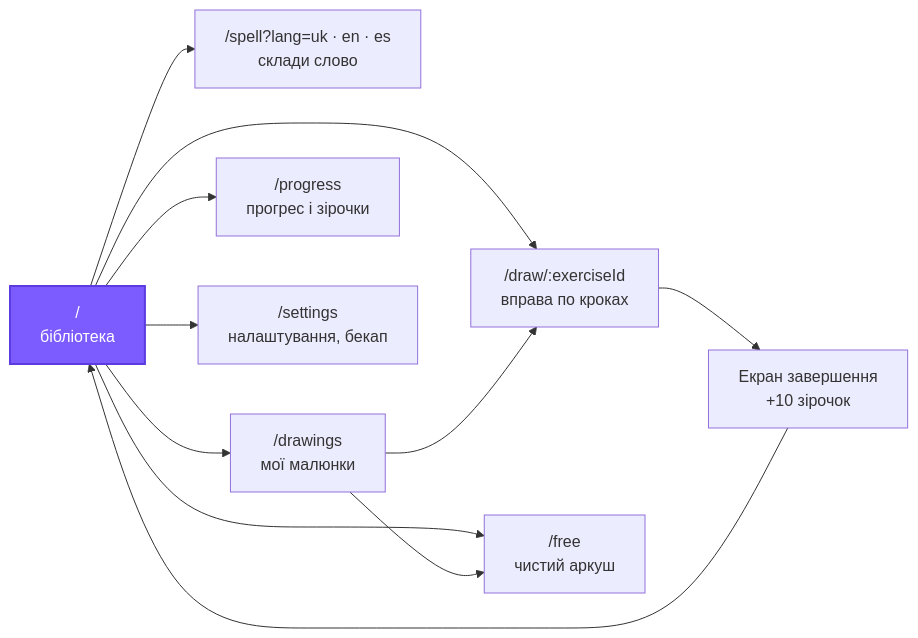
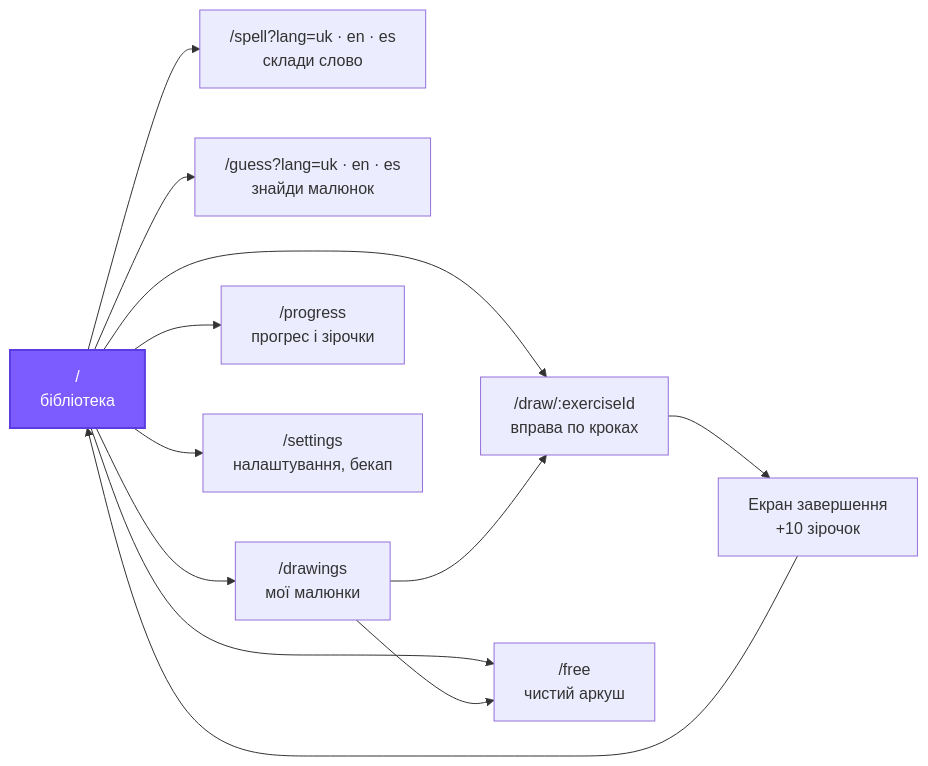
One commit to PolukovY/drawli changed the tenth of 13 diagrams in doc/arch.md. Above: the diagram before and after it, drawn with Mermaid. The commit also changed other lines of this file and 23 other files, not shown here.

````diff
--- a/doc/arch.md
+++ b/doc/arch.md
@@ -318,16 +318,17 @@
 ```mermaid
 graph LR
     home["/<br/>бібліотека"] --> draw["/draw/:exerciseId<br/>вправа по кроках"]
     home --> free["/free<br/>чистий аркуш"]
     home --> spell["/spell?lang=uk · en · es<br/>склади слово"]
+    home --> guess["/guess?lang=uk · en · es<br/>знайди малюнок"]
     home --> gallery["/drawings<br/>мої малюнки"]
     home --> progress["/progress<br/>прогрес і зірочки"]
     home --> settings["/settings<br/>налаштування, бекап"]
     draw --> done["Екран завершення<br/>+10 зірочок"]
     done --> home
     gallery --> draw
     gallery --> free
 
     classDef h fill:#7C5CFF,color:#fff,stroke:#5C3CE0,stroke-width:2px
     class home h
 ```
````
